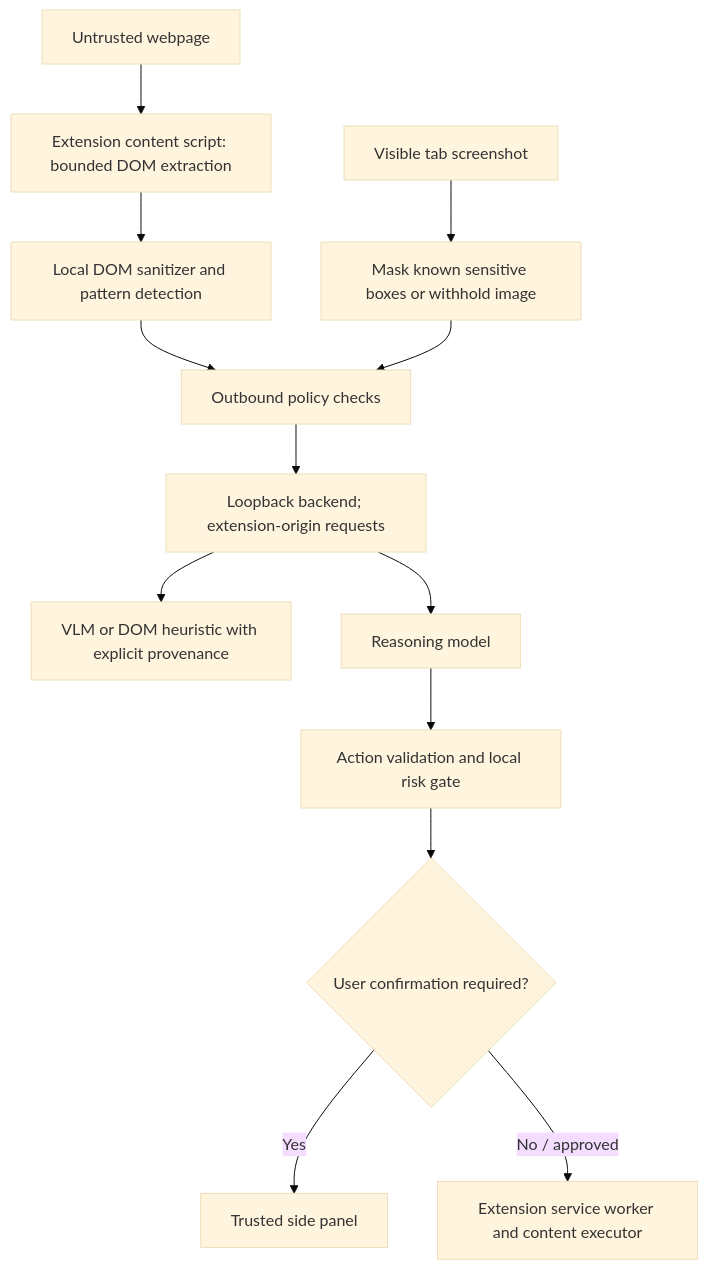
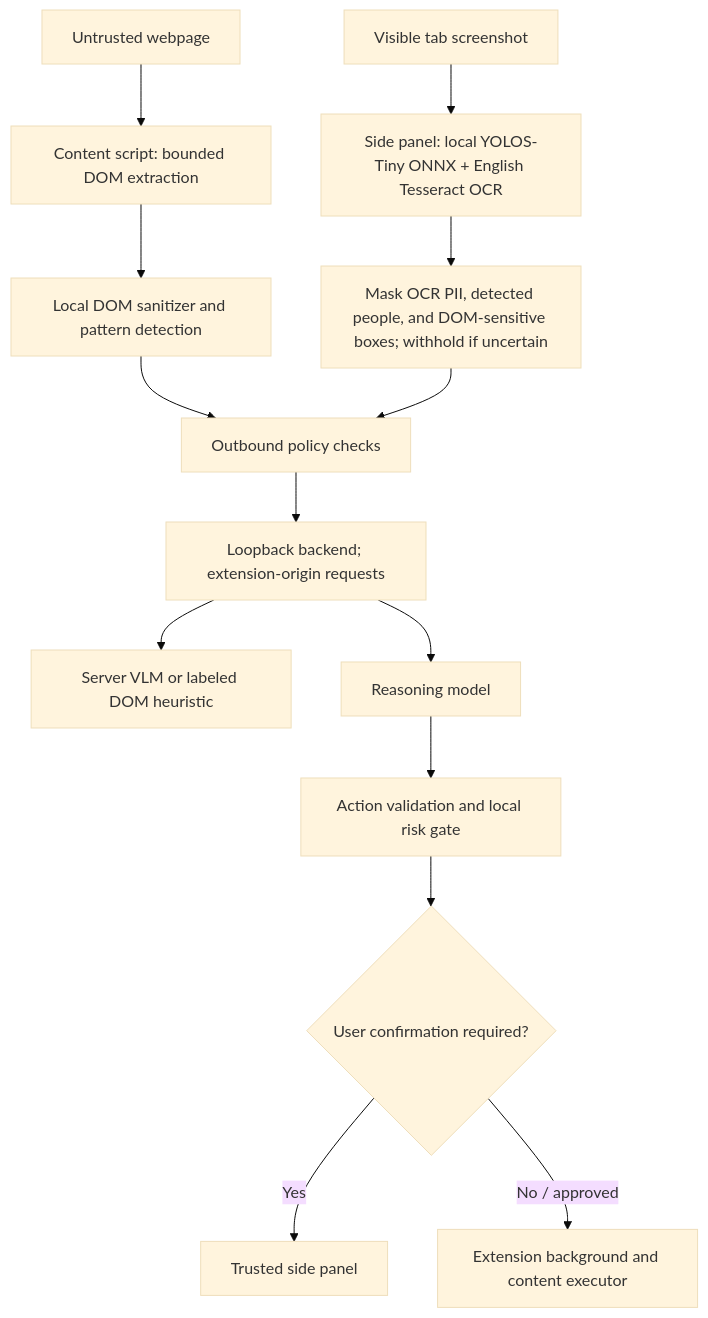
Before and after one commit to vishal88736/privacy-preserving-agentic-browser: the diagram in docs/architecture.md, drawn with Mermaid (base theme). The commit also changed other lines of this file and 43 other files, not shown here.

Commit message:
feat: add local vision capabilities, cross-browser extension support, and request timeout handling

````diff
--- a/docs/architecture.md
+++ b/docs/architecture.md
@@ -5,15 +5,16 @@
 ```mermaid
 flowchart TD
-  Page[Untrusted webpage] --> Extract[Extension content script: bounded DOM extraction]
+  Page[Untrusted webpage] --> Extract[Content script: bounded DOM extraction]
   Extract --> Sanitize[Local DOM sanitizer and pattern detection]
-  Capture[Visible tab screenshot] --> ImageGate[Mask known sensitive boxes or withhold image]
+  Capture[Visible tab screenshot] --> LocalVision[Side panel: local YOLOS-Tiny ONNX + English Tesseract OCR]
+  LocalVision --> ImageGate[Mask OCR PII, detected people, and DOM-sensitive boxes; withhold if uncertain]
   Sanitize --> Policy[Outbound policy checks]
   ImageGate --> Policy
   Policy --> Backend[Loopback backend; extension-origin requests]
-  Backend --> Vision[VLM or DOM heuristic with explicit provenance]
+  Backend --> Vision[Server VLM or labeled DOM heuristic]
   Backend --> Reason[Reasoning model]
   Reason --> Validate[Action validation and local risk gate]
   Validate --> Confirm{User confirmation required?}
   Confirm -->|Yes| Panel[Trusted side panel]
-  Confirm -->|No / approved| Execute[Extension service worker and content executor]
+  Confirm -->|No / approved| Execute[Extension background and content executor]
 ```
````
